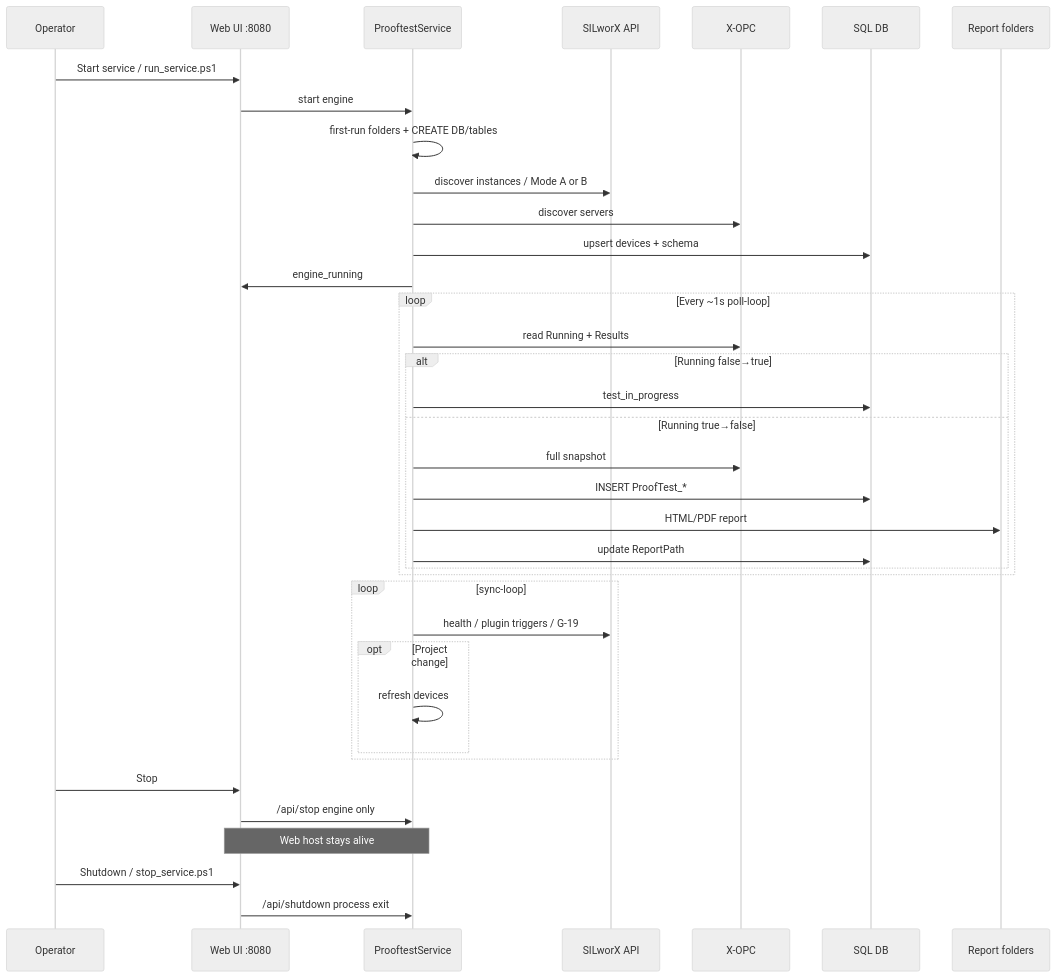
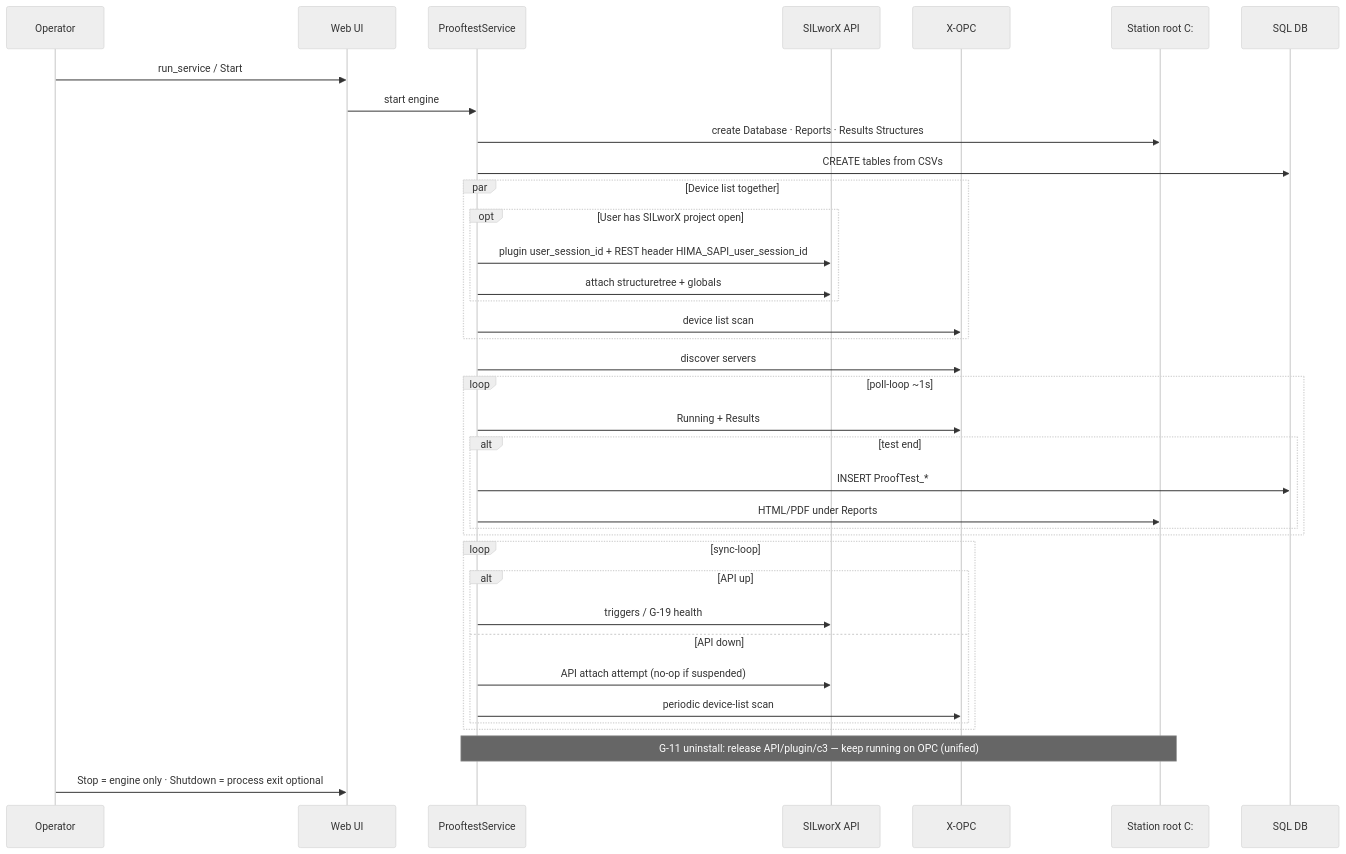
Before and after one commit to D-Mouna/Prooftest-Reporting-solution: the fifth of 11 diagrams in Specifications/HIMA-Prooftest-Architecture-Mermaid.md, drawn with Mermaid (neutral theme). The commit also changed other lines of this file and 200 other files, not shown here.

Commit message:
Show per-device source in the list (OPC ProgID or SILworX project) and keep SPEC 1.60 / code 1.63 in sync.

````diff
--- a/Specifications/HIMA-Prooftest-Architecture-Mermaid.md
+++ b/Specifications/HIMA-Prooftest-Architecture-Mermaid.md
@@ -114,44 +114,43 @@
 ```mermaid
 sequenceDiagram
   participant Op as Operator
-  participant UI as Web UI :8080
+  participant UI as Web UI
   participant Svc as ProoftestService
   participant SIL as SILworX API
   participant OPC as X-OPC
+  participant Disk as Station root C:
   participant DB as SQL DB
-  participant FS as Report folders
 
-  Op->>UI: Start service / run_service.ps1
+  Op->>UI: run_service / Start
   UI->>Svc: start engine
-  Svc->>Svc: first-run folders + CREATE DB/tables
-  Svc->>SIL: discover instances / Mode A or B
+  Svc->>Disk: create Database · Reports · Results Structures
+  Svc->>DB: CREATE tables from CSVs
+  par Device list together
+    opt User has SILworX project open
+      Svc->>SIL: plugin user_session_id + REST header HIMA_SAPI_user_session_id
+      Svc->>SIL: attach structuretree + globals
+    end
+    Svc->>OPC: device list scan
+  end
   Svc->>OPC: discover servers
-  Svc->>DB: upsert devices + schema
-  Svc->>UI: engine_running
 
-  loop Every ~1s poll-loop
-    Svc->>OPC: read Running + Results
-    alt Running false→true
-      Svc->>DB: test_in_progress
-    else Running true→false
-      Svc->>OPC: full snapshot
+  loop poll-loop ~1s
+    Svc->>OPC: Running + Results
+    alt test end
       Svc->>DB: INSERT ProofTest_*
-      Svc->>FS: HTML/PDF report
-      Svc->>DB: update ReportPath
+      Svc->>Disk: HTML/PDF under Reports
     end
   end
 
   loop sync-loop
-    Svc->>SIL: health / plugin triggers / G-19
-    opt Project change
-      Svc->>Svc: refresh devices
+    alt API up
+      Svc->>SIL: triggers / G-19 health
+    else API down
+      Svc->>SIL: API attach attempt (no-op if suspended)
+      Svc->>OPC: periodic device-list scan
     end
   end
 
-  Op->>UI: Stop
-  UI->>Svc: /api/stop engine only
-  Note over UI,Svc: Web host stays alive
-
-  Op->>UI: Shutdown / stop_service.ps1
-  UI->>Svc: /api/shutdown process exit
+  Note over Svc,Disk: G-11 uninstall: release API/plugin/c3 — keep running on OPC (unified)
+  Op->>UI: Stop = engine only · Shutdown = process exit optional
 ```
````
